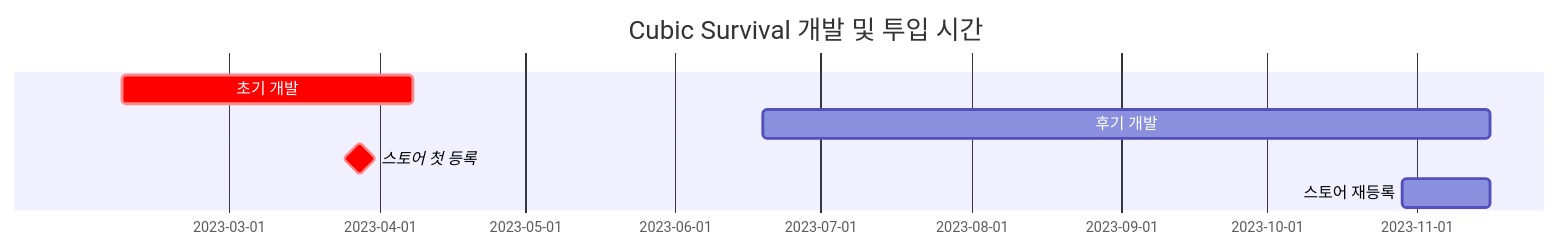
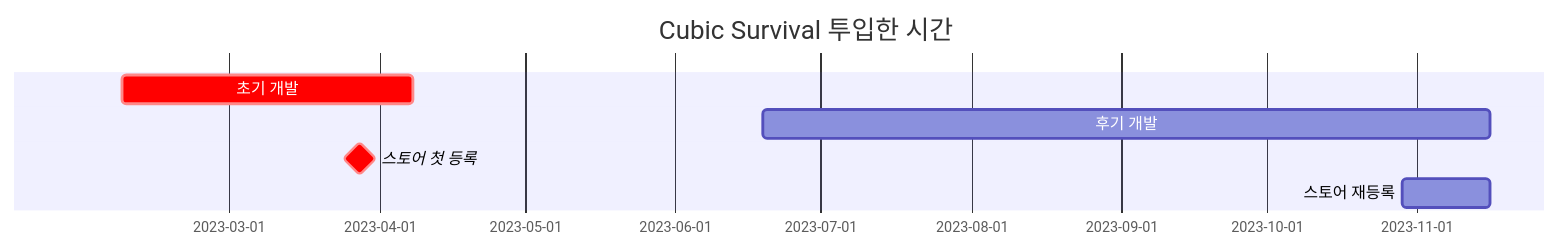
One commit to hyngng/hynrng.github.io changed the diagram in _posts/ko-KR/프로그래밍/마일스톤/2023-12-22-palette-planning.md. Above: the diagram before and after it, drawn with Mermaid. The commit also changed other lines of this file and 3 other files, not shown here.

````diff
--- a/_posts/ko-KR/프로그래밍/마일스톤/2023-12-22-palette-planning.md
+++ b/_posts/ko-KR/프로그래밍/마일스톤/2023-12-22-palette-planning.md
@@ -34,8 +34,8 @@
 ```mermaid
 gantt
-    title Cubic Survival 개발 및 투입 시간
+    title Cubic Survival 투입한 시간
     초기 개발: crit, 2023-02-07, 60d
     후기 개발: a1, 2023-06-19, 150d
     스토어 첫 등록: crit, milestone, 2023-03-28, 0d
     스토어 재등록: a3, 2023-10-29, 18d
 ```
````
